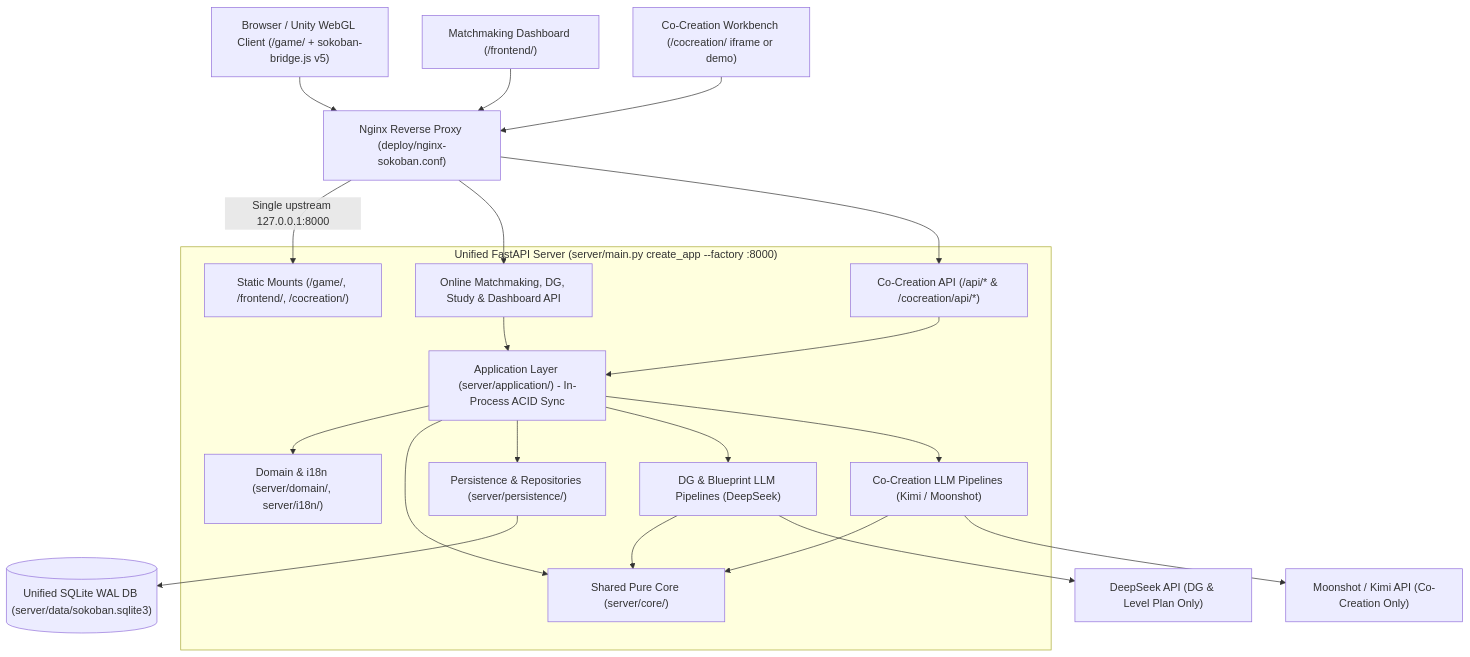
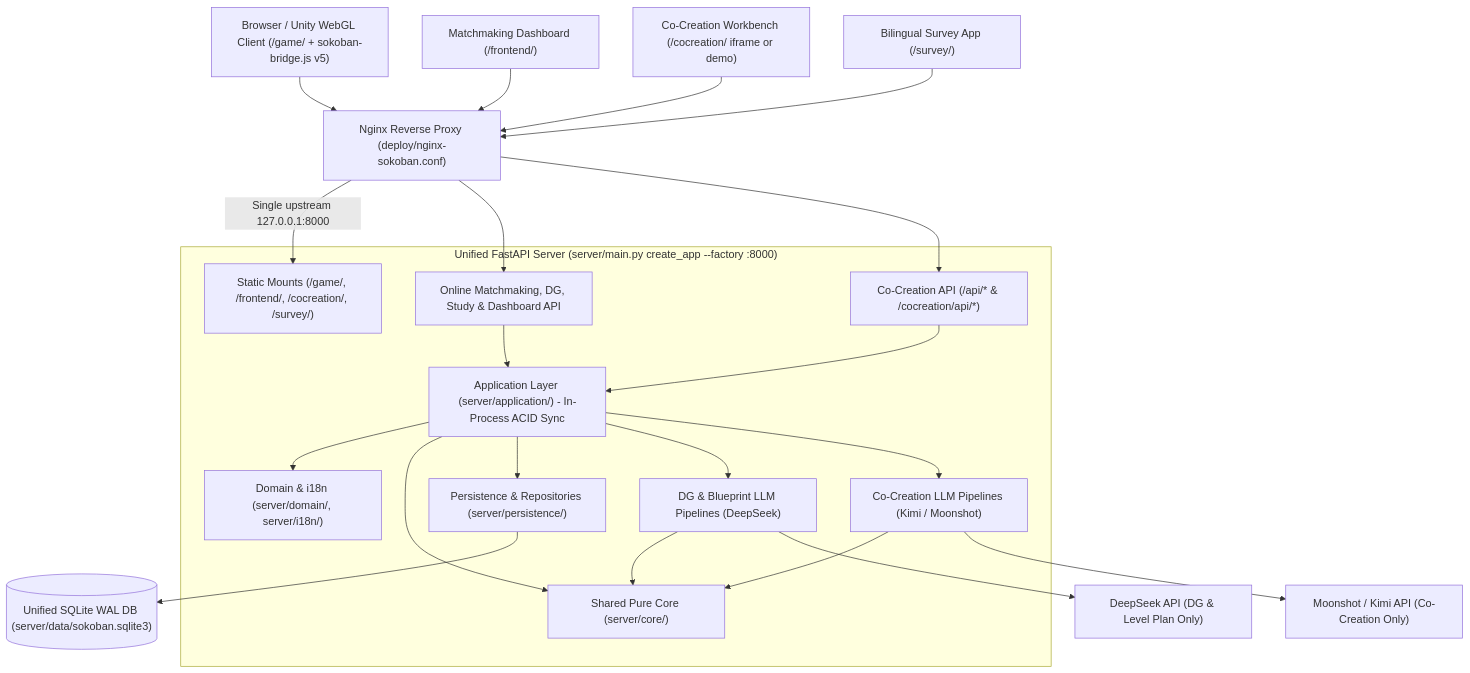
The diagram in docs/ARCHITECTURE.md (jinchengzhu24-wq/SURF), drawn with Mermaid before and after one commit. The commit also changed other lines of this file and 105 other files, not shown here.

````diff
--- a/docs/ARCHITECTURE.md
+++ b/docs/ARCHITECTURE.md
@@ -7,45 +7,47 @@
 ```mermaid
 flowchart TD
     Browser["Browser / Unity WebGL Client (/game/ + sokoban-bridge.js v5)"]
     DashboardUI["Matchmaking Dashboard (/frontend/)"]
     CoCreationUI["Co-Creation Workbench (/cocreation/ iframe or demo)"]
+    SurveyUI["Bilingual Survey App (/survey/)"]
     Nginx["Nginx Reverse Proxy (deploy/nginx-sokoban.conf)"]
 
     subgraph UnifiedServer["Unified FastAPI Server (server/main.py create_app --factory :8000)"]
-        Static["Static Mounts (/game/, /frontend/, /cocreation/)"]
+        Static["Static Mounts (/game/, /frontend/, /cocreation/, /survey/)"]
         OnlineAPI["Online Matchmaking, DG, Study & Dashboard API"]
         CoCreationAPI["Co-Creation API (/api/* & /cocreation/api/*)"]
         Application["Application Layer (server/application/) - In-Process ACID Sync"]
         Domain["Domain & i18n (server/domain/, server/i18n/)"]
         Core["Shared Pure Core (server/core/)"]
         DGPipeline["DG & Blueprint LLM Pipelines (DeepSeek)"]
         CoCreationLLM["Co-Creation LLM Pipelines (Kimi / Moonshot)"]
         Persistence["Persistence & Repositories (server/persistence/)"]
     end
 
     SQLite[("Unified SQLite WAL DB (server/data/sokoban.sqlite3)")]
     DeepSeekAPI["DeepSeek API (DG & Level Plan Only)"]
     MoonshotAPI["Moonshot / Kimi API (Co-Creation Only)"]
 
     Browser --> Nginx
     DashboardUI --> Nginx
     CoCreationUI --> Nginx
+    SurveyUI --> Nginx
     Nginx -->|"Single upstream 127.0.0.1:8000"| Static
     Nginx --> OnlineAPI
     Nginx --> CoCreationAPI
 
     OnlineAPI --> Application
     CoCreationAPI --> Application
     Application --> Domain
     Application --> Core
     Application --> Persistence
     Application --> DGPipeline
     Application --> CoCreationLLM
 
     DGPipeline --> Core
     CoCreationLLM --> Core
     DGPipeline --> DeepSeekAPI
     CoCreationLLM --> MoonshotAPI
 
     Persistence --> SQLite
 ```
````
